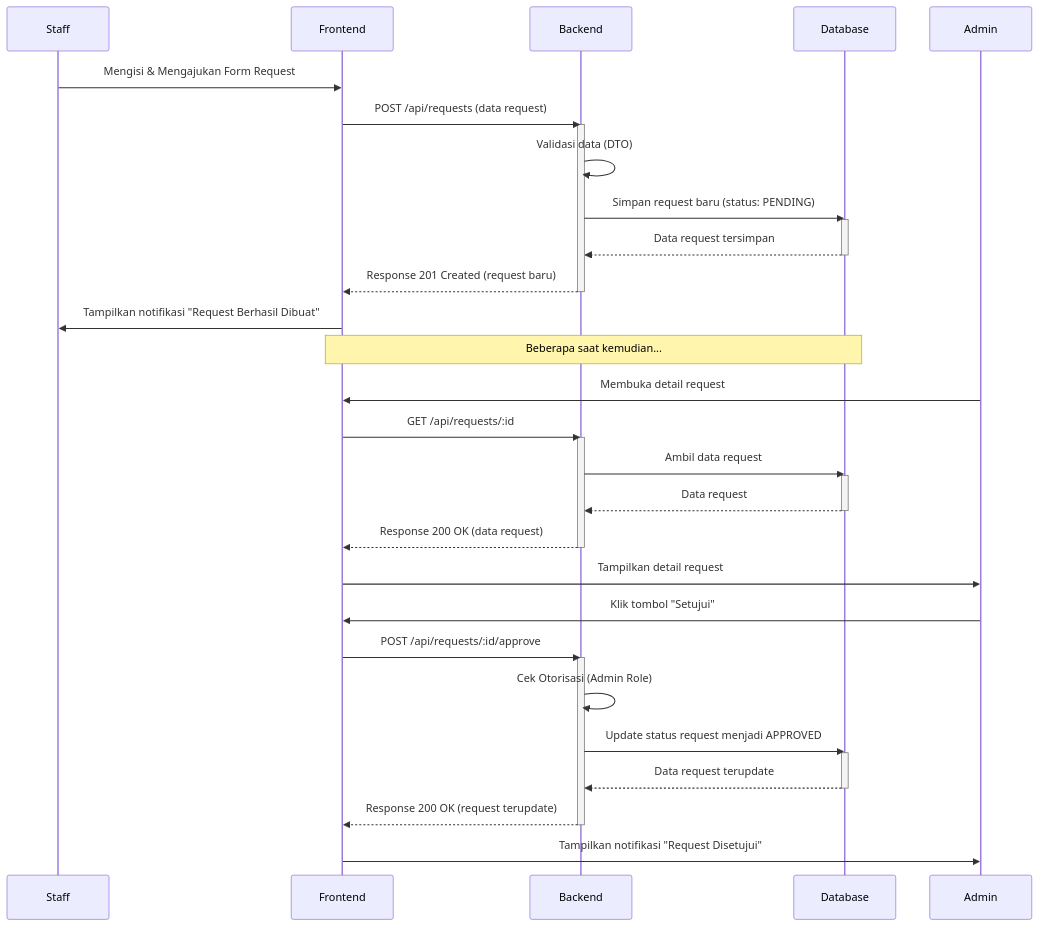
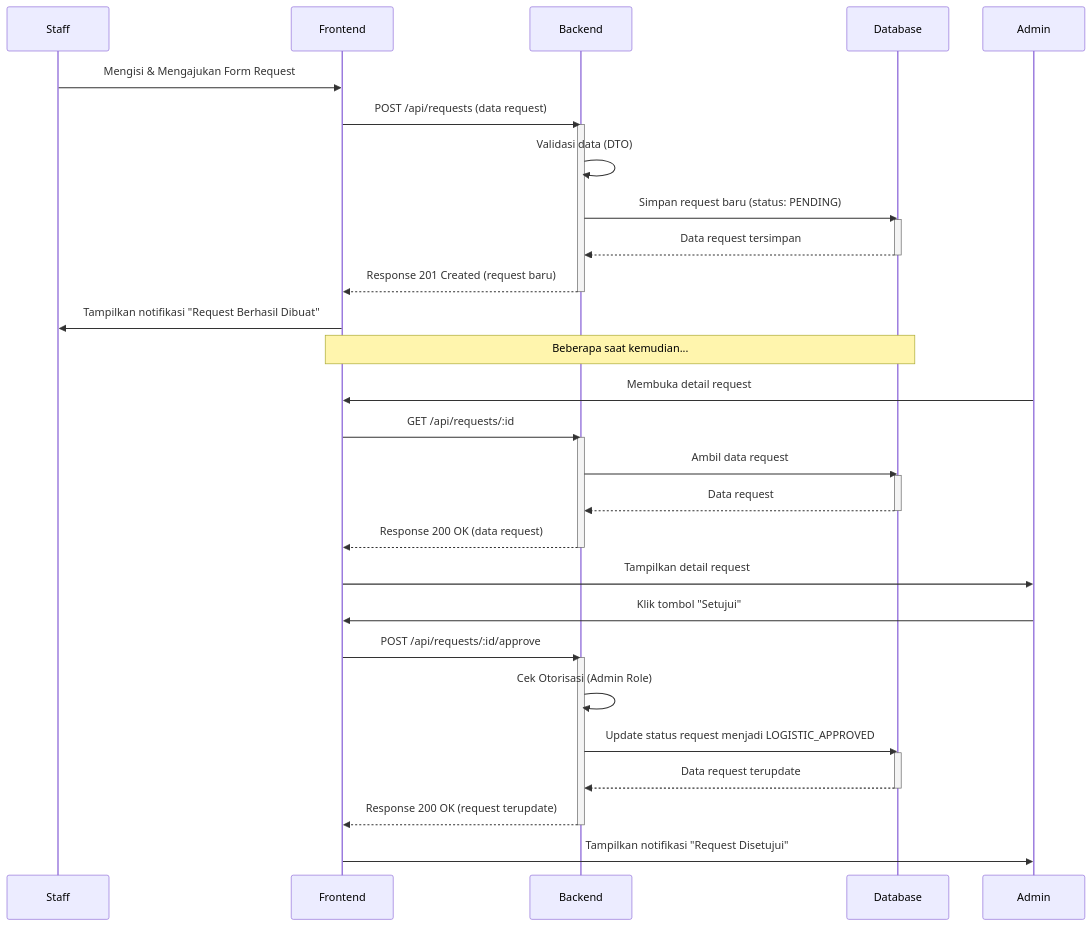
One commit to Asamaludi26/Inventory changed the third of 3 diagrams in Docs/01_CONCEPT_AND_ARCHITECTURE/ARCHITECTURE.md. Above: the diagram before and after it, drawn with Mermaid. The commit also changed other lines of this file and 22 other files, not shown here.

First line of the commit message:
docs: Update architectural diagrams and documentation

````diff
--- a/Docs/01_CONCEPT_AND_ARCHITECTURE/ARCHITECTURE.md
+++ b/Docs/01_CONCEPT_AND_ARCHITECTURE/ARCHITECTURE.md
@@ -79,45 +77,45 @@
 ```mermaid
 sequenceDiagram
     participant Staff
     participant Frontend
     participant Backend
     participant Database
 
     Staff ->> Frontend: Mengisi & Mengajukan Form Request
     Frontend ->> Backend: POST /api/requests (data request)
     activate Backend
     Backend ->> Backend: Validasi data (DTO)
     Backend ->> Database: Simpan request baru (status: PENDING)
     activate Database
     Database -->> Backend: Data request tersimpan
     deactivate Database
     Backend -->> Frontend: Response 201 Created (request baru)
     deactivate Backend
     Frontend ->> Staff: Tampilkan notifikasi "Request Berhasil Dibuat"
 
     Note over Frontend, Database: Beberapa saat kemudian...
 
     participant Admin
     Admin ->> Frontend: Membuka detail request
     Frontend ->> Backend: GET /api/requests/:id
     activate Backend
     Backend ->> Database: Ambil data request
     activate Database
     Database -->> Backend: Data request
     deactivate Database
     Backend -->> Frontend: Response 200 OK (data request)
     deactivate Backend
     Frontend ->> Admin: Tampilkan detail request
 
     Admin ->> Frontend: Klik tombol "Setujui"
     Frontend ->> Backend: POST /api/requests/:id/approve
     activate Backend
     Backend ->> Backend: Cek Otorisasi (Admin Role)
-    Backend ->> Database: Update status request menjadi APPROVED
+    Backend ->> Database: Update status request menjadi LOGISTIC_APPROVED
     activate Database
     Database -->> Backend: Data request terupdate
     deactivate Database
     Backend -->> Frontend: Response 200 OK (request terupdate)
     deactivate Backend
     Frontend ->> Admin: Tampilkan notifikasi "Request Disetujui"
 ```
````
